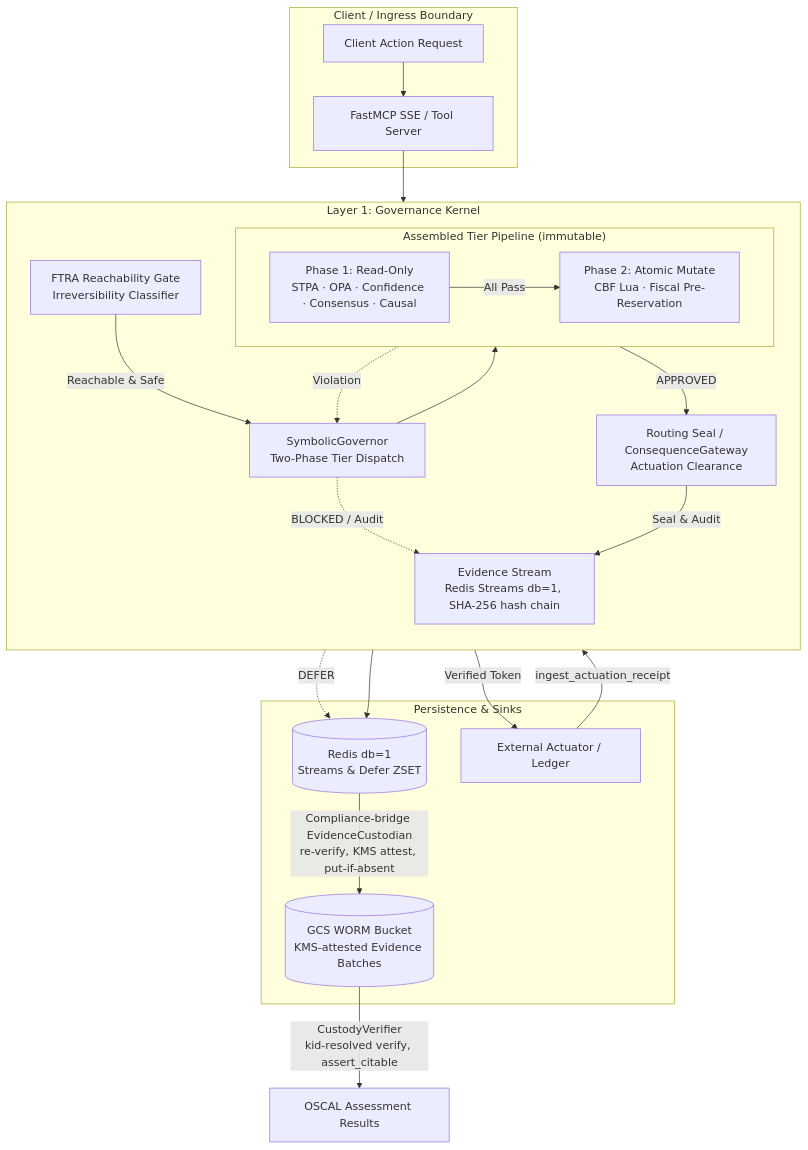
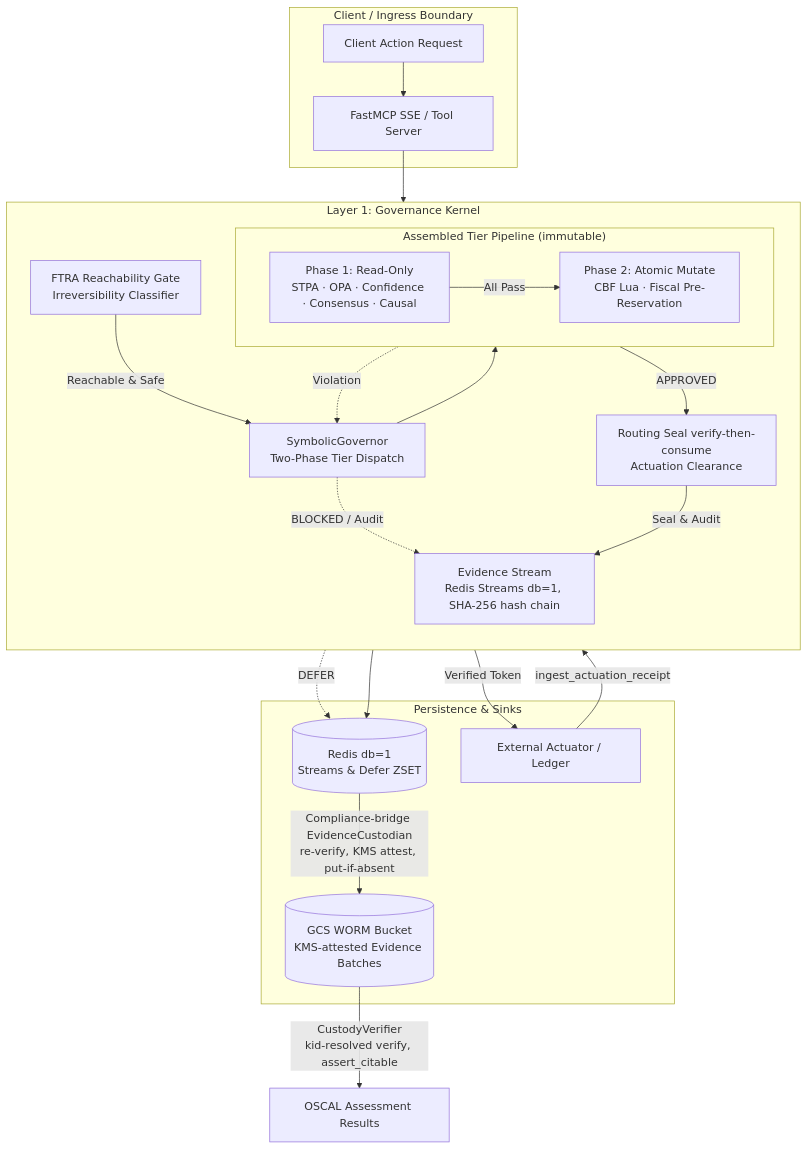
Before and after one commit to google/cybernetic-agent-governance-engine: the first of 2 diagrams in docs/architecture/ARCHITECTURE.md, drawn with Mermaid. The commit also changed other lines of this file and 17 other files, not shown here.

First line of the commit message:
fix(governance): verify routing seal before consuming its nonce (#348)

````diff
--- a/docs/architecture/ARCHITECTURE.md
+++ b/docs/architecture/ARCHITECTURE.md
@@ -78,44 +78,44 @@
 ```mermaid
 graph TB
     subgraph INGRESS["Client / Ingress Boundary"]
         REQ[Client Action Request]
         MCP[FastMCP SSE / Tool Server]
     end
 
     subgraph KERNEL["Layer 1: Governance Kernel"]
         direction TB
         FTRA["FTRA Reachability Gate<br/>Irreversibility Classifier"]
         SYM["SymbolicGovernor<br/>Two-Phase Tier Dispatch"]
 
         subgraph TIERS["Assembled Tier Pipeline (immutable)"]
             direction LR
             P1["Phase 1: Read-Only<br/>STPA · OPA · Confidence · Consensus · Causal"]
             P2["Phase 2: Atomic Mutate<br/>CBF Lua · Fiscal Pre-Reservation"]
             P1 -->|All Pass| P2
         end
 
-        CQG["Routing Seal / ConsequenceGateway<br/>Actuation Clearance"]
+        CQG["Routing Seal verify-then-consume<br/>Actuation Clearance"]
         EVID["Evidence Stream<br/>Redis Streams db=1, SHA-256 hash chain"]
     end
 
     subgraph STORAGE["Persistence & Sinks"]
         R_HOT[(Redis db=1<br/>Streams & Defer ZSET)]
         CH_COLD[(GCS WORM Bucket<br/>KMS-attested Evidence Batches)]
         ACTUATOR["External Actuator / Ledger"]
     end
 
     REQ --> MCP
     MCP --> FTRA
     FTRA -->|Reachable & Safe| SYM
     SYM --> TIERS
     TIERS -->|APPROVED| CQG
     TIERS -.->|Violation| SYM
     SYM -.->|DEFER| R_HOT
     SYM -.->|BLOCKED / Audit| EVID
     CQG -->|Verified Token| ACTUATOR
     CQG -->|Seal & Audit| EVID
     ACTUATOR -->|ingest_actuation_receipt| EVID
     EVID --> R_HOT
     R_HOT -->|Compliance-bridge EvidenceCustodian<br/>re-verify, KMS attest, put-if-absent| CH_COLD
     CH_COLD -->|CustodyVerifier<br/>kid-resolved verify, assert_citable| OSCAL_CITE[OSCAL Assessment Results]
 ```
````
